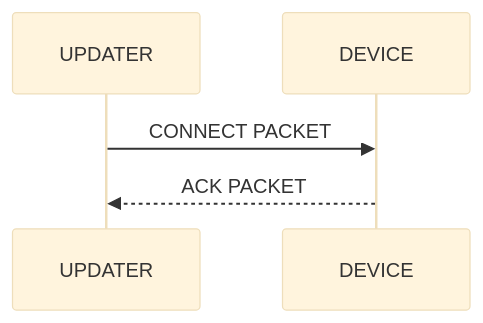
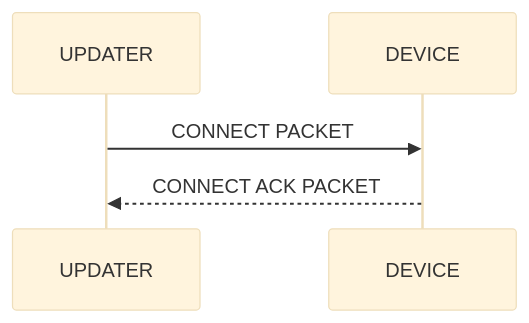
Before and after one commit to PanBabinicz/ghost-feather: the diagram in doc/dust/README.md, drawn with Mermaid (base theme). The commit also changed other lines of this file, not shown here.

````diff
--- a/doc/dust/README.md
+++ b/doc/dust/README.md
@@ -81,5 +81,5 @@
 ```mermaid
 sequenceDiagram
     UPDATER->>DEVICE: CONNECT PACKET
-    DEVICE-->>UPDATER: ACK PACKET
+    DEVICE-->>UPDATER: CONNECT ACK PACKET
 ```
````
